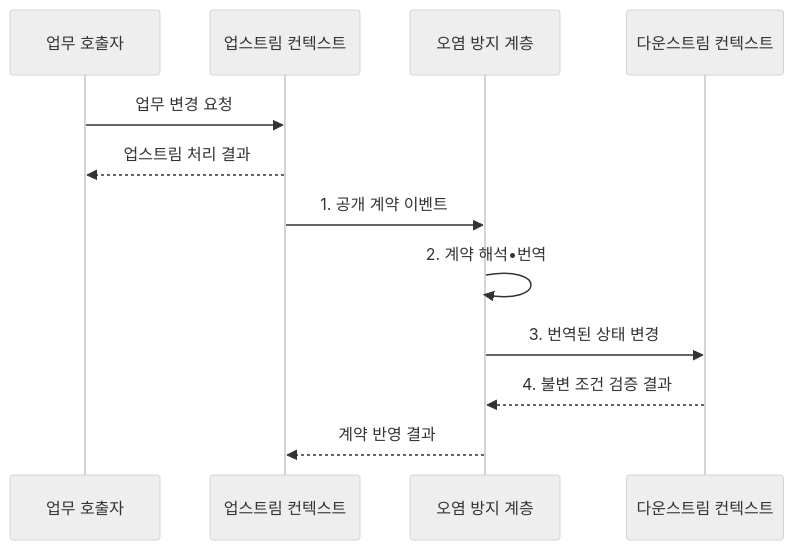
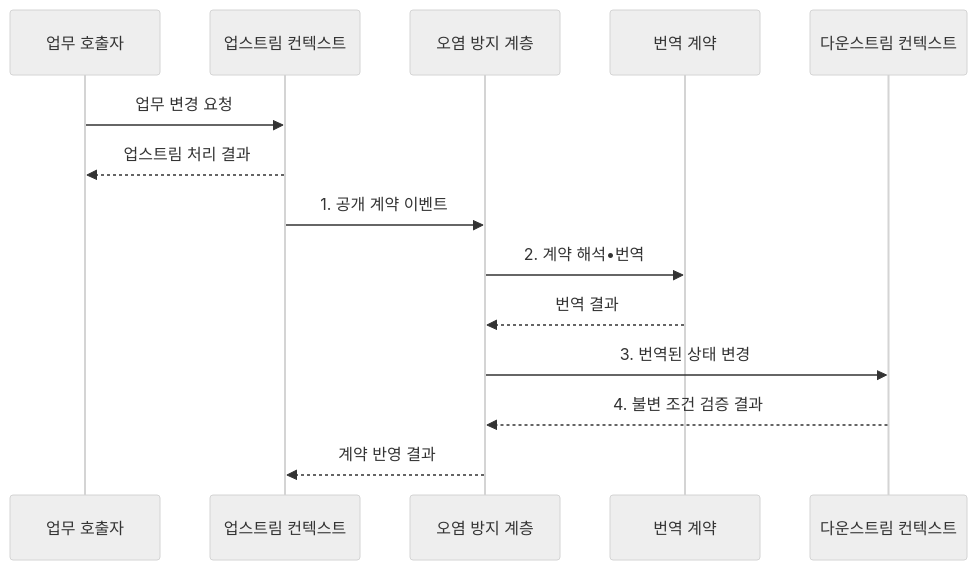
The second of 2 diagrams in src/content/docs/notes/03-software/050_bounded_context.md (agnusdei1207/knowledge-base), drawn with Mermaid (neutral theme) before and after one commit. The commit also changed other lines of this file and 10 other files, not shown here.

````diff
--- a/src/content/docs/notes/03-software/050_bounded_context.md
+++ b/src/content/docs/notes/03-software/050_bounded_context.md
@@ -103,14 +103,16 @@
 ```mermaid
 sequenceDiagram
     participant A as 업무 호출자
     participant U as 업스트림 컨텍스트
     participant L as 오염 방지 계층
+    participant M as 번역 계약
     participant D as 다운스트림 컨텍스트
     A->>U: 업무 변경 요청
     U-->>A: 업스트림 처리 결과
     U->>L: 1. 공개 계약 이벤트
-    L->>L: 2. 계약 해석•번역
+    L->>M: 2. 계약 해석•번역
+    M-->>L: 번역 결과
     L->>D: 3. 번역된 상태 변경
     D-->>L: 4. 불변 조건 검증 결과
     L-->>U: 계약 반영 결과
 ```
````
